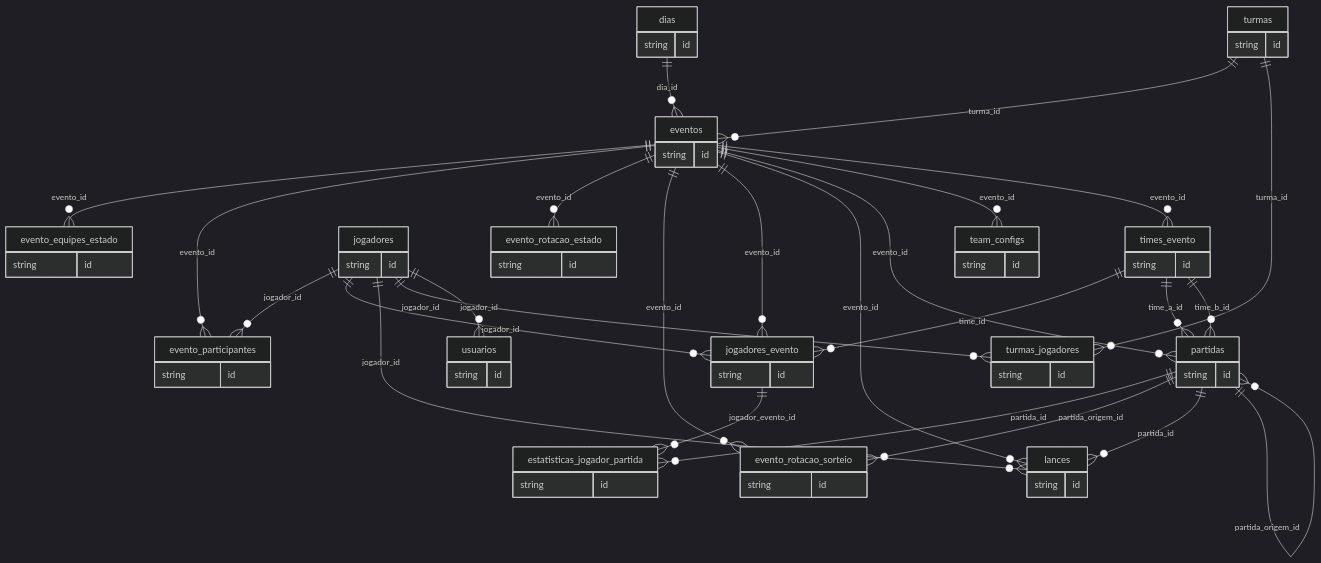
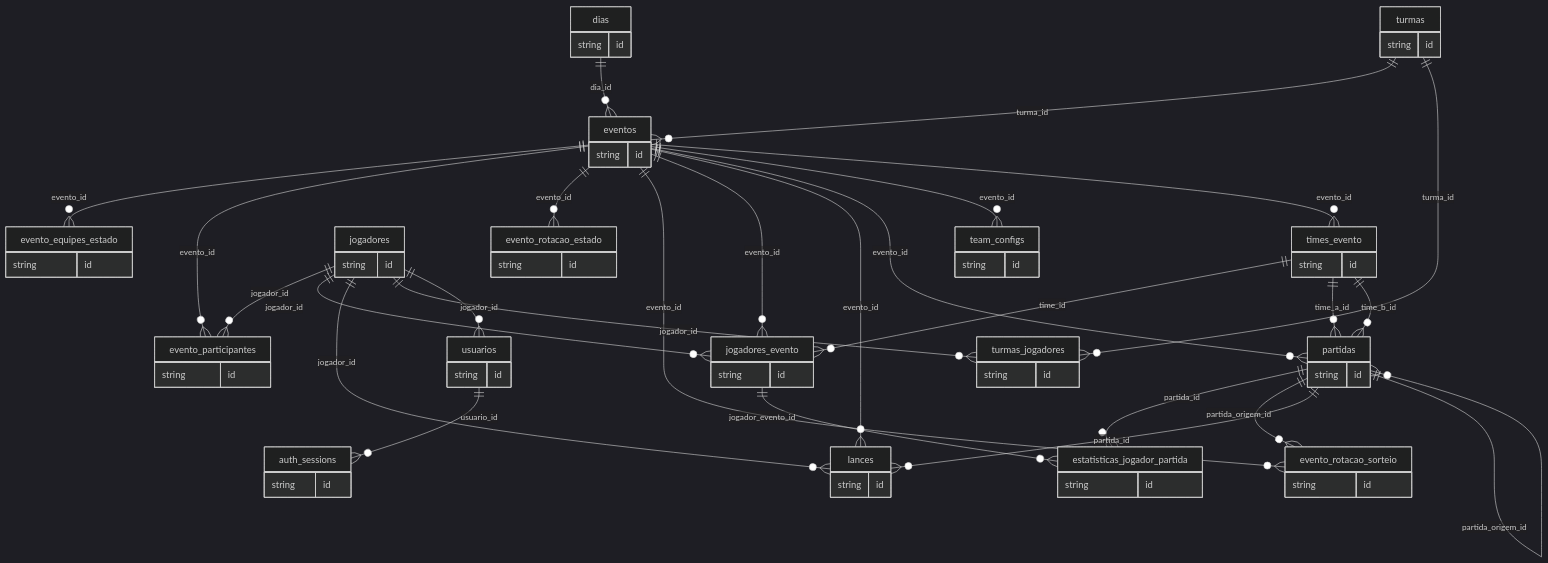
Before and after one commit to FelipeDalMolin/projeto-jubileu: the diagram in docs/generated/code-map.md, drawn with Mermaid (dark theme). The commit also changed other lines of this file and 29 other files, not shown here.

````diff
--- a/docs/generated/code-map.md
+++ b/docs/generated/code-map.md
@@ -50,76 +52,80 @@
 ```mermaid
 erDiagram
+  auth_sessions {
+    string id
+  }
   dias {
     string id
   }
   estatisticas_jogador_partida {
     string id
   }
   evento_equipes_estado {
     string id
   }
   evento_participantes {
     string id
   }
   evento_rotacao_estado {
     string id
   }
   evento_rotacao_sorteio {
     string id
   }
   eventos {
     string id
   }
   jogadores {
     string id
   }
   jogadores_evento {
     string id
   }
   lances {
     string id
   }
   partidas {
     string id
   }
   team_configs {
     string id
   }
   times_evento {
     string id
   }
   turmas {
     string id
   }
   turmas_jogadores {
     string id
   }
   usuarios {
     string id
   }
+  usuarios ||--o{ auth_sessions : "usuario_id"
   partidas ||--o{ estatisticas_jogador_partida : "partida_id"
   jogadores_evento ||--o{ estatisticas_jogador_partida : "jogador_evento_id"
   eventos ||--o{ evento_equipes_estado : "evento_id"
   eventos ||--o{ evento_participantes : "evento_id"
   jogadores ||--o{ evento_participantes : "jogador_id"
   eventos ||--o{ evento_rotacao_estado : "evento_id"
   eventos ||--o{ evento_rotacao_sorteio : "evento_id"
   partidas ||--o{ evento_rotacao_sorteio : "partida_origem_id"
   dias ||--o{ eventos : "dia_id"
   turmas ||--o{ eventos : "turma_id"
   eventos ||--o{ jogadores_evento : "evento_id"
   jogadores ||--o{ jogadores_evento : "jogador_id"
   times_evento ||--o{ jogadores_evento : "time_id"
   partidas ||--o{ lances : "partida_id"
   eventos ||--o{ lances : "evento_id"
   jogadores ||--o{ lances : "jogador_id"
   eventos ||--o{ partidas : "evento_id"
   times_evento ||--o{ partidas : "time_a_id"
   times_evento ||--o{ partidas : "time_b_id"
   partidas ||--o{ partidas : "partida_origem_id"
   eventos ||--o{ team_configs : "evento_id"
   eventos ||--o{ times_evento : "evento_id"
   turmas ||--o{ turmas_jogadores : "turma_id"
   jogadores ||--o{ turmas_jogadores : "jogador_id"
   jogadores ||--o{ usuarios : "jogador_id"
 ```
````
